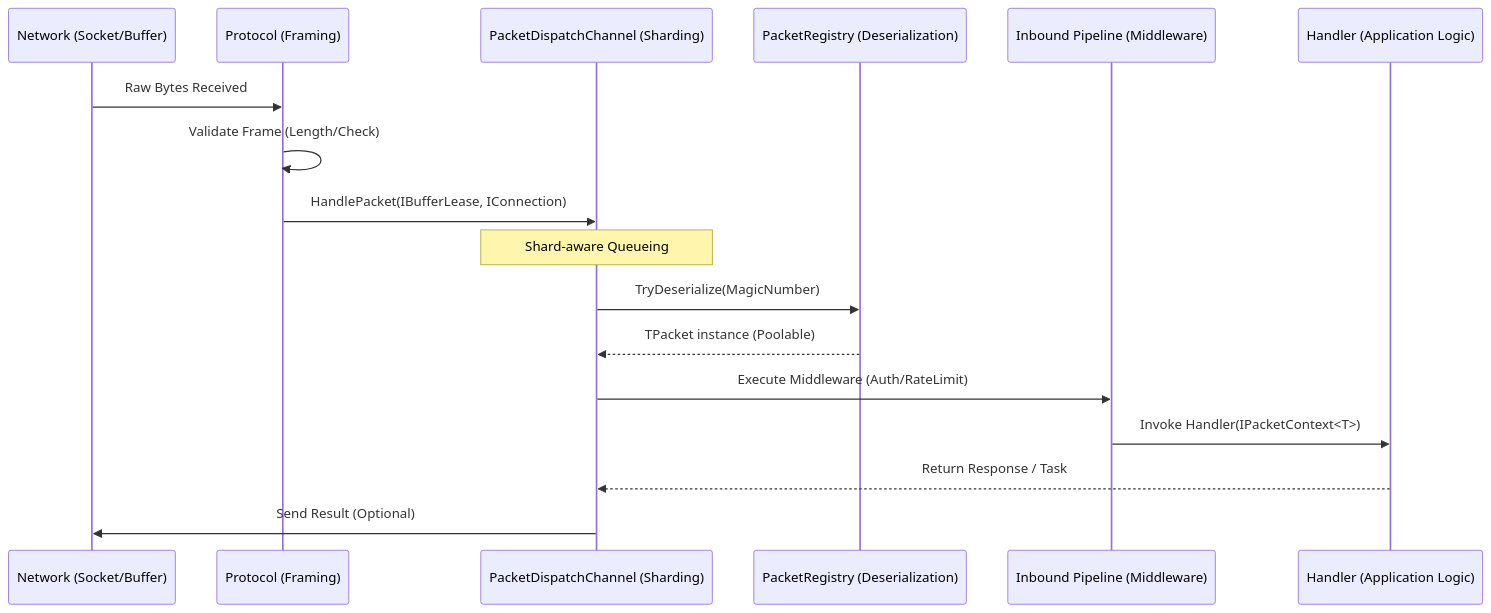
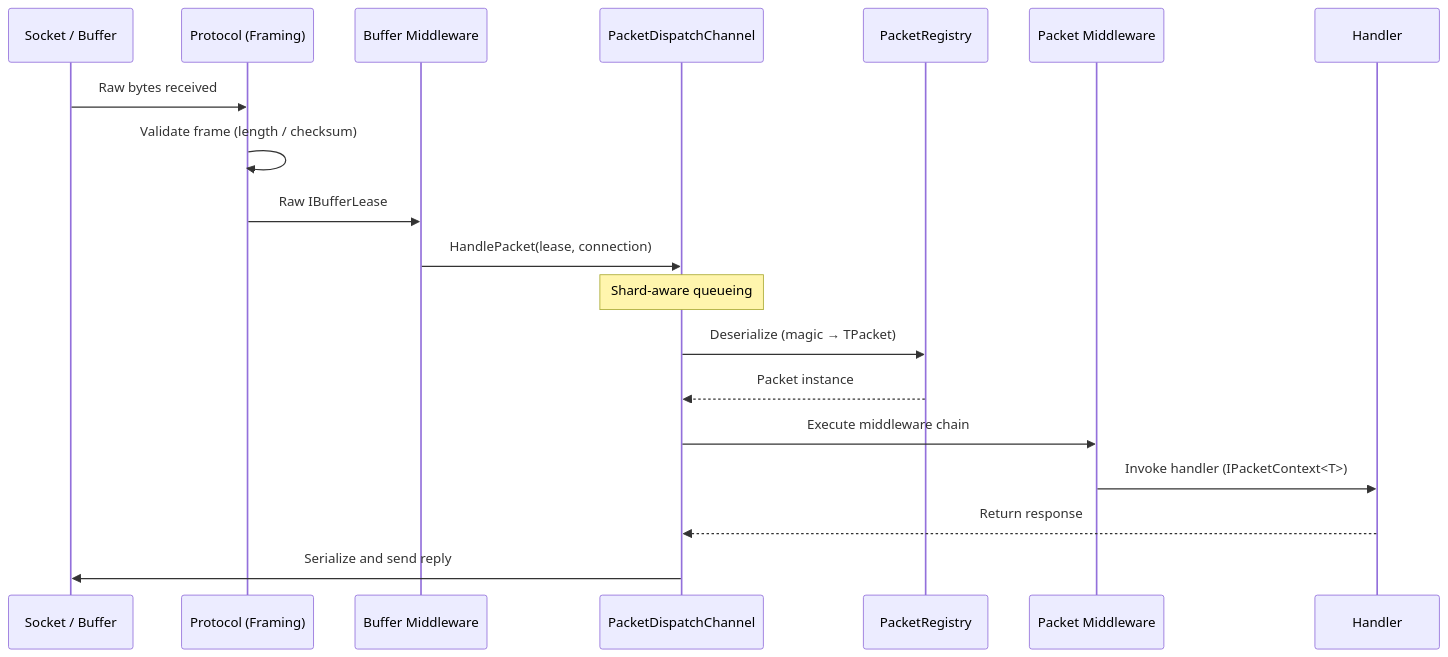
One commit to ppn-systems/Nalix changed the third of 3 diagrams in docs/concepts/architecture.md. Above: the diagram before and after it, drawn with Mermaid. The commit also changed other lines of this file and 75 other files, not shown here.

````diff
--- a/docs/concepts/architecture.md
+++ b/docs/concepts/architecture.md
@@ -43,20 +60,22 @@
 ```mermaid
 sequenceDiagram
-    participant Net as Network (Socket/Buffer)
+    participant Net as Socket / Buffer
     participant Prot as Protocol (Framing)
-    participant Disp as PacketDispatchChannel (Sharding)
-    participant Reg as PacketRegistry (Deserialization)
-    participant Pipe as Inbound Pipeline (Middleware)
-    participant Hand as Handler (Application Logic)
+    participant BufMw as Buffer Middleware
+    participant Disp as PacketDispatchChannel
+    participant Reg as PacketRegistry
+    participant PktMw as Packet Middleware
+    participant Hand as Handler
 
-    Net->>Prot: Raw Bytes Received
-    Prot->>Prot: Validate Frame (Length/Check)
-    Prot->>Disp: HandlePacket(IBufferLease, IConnection)
-    Note over Disp: Shard-aware Queueing
-    Disp->>Reg: TryDeserialize(MagicNumber)
-    Reg-->>Disp: TPacket instance (Poolable)
-    Disp->>Pipe: Execute Middleware (Auth/RateLimit)
-    Pipe->>Hand: Invoke Handler(IPacketContext<T>)
-    Hand-->>Disp: Return Response / Task
-    Disp->>Net: Send Result (Optional)
+    Net->>Prot: Raw bytes received
+    Prot->>Prot: Validate frame (length / checksum)
+    Prot->>BufMw: Raw IBufferLease
+    BufMw->>Disp: HandlePacket(lease, connection)
+    Note over Disp: Shard-aware queueing
+    Disp->>Reg: Deserialize (magic → TPacket)
+    Reg-->>Disp: Packet instance
+    Disp->>PktMw: Execute middleware chain
+    PktMw->>Hand: Invoke handler (IPacketContext<T>)
+    Hand-->>Disp: Return response
+    Disp->>Net: Serialize and send reply
 ```
````
